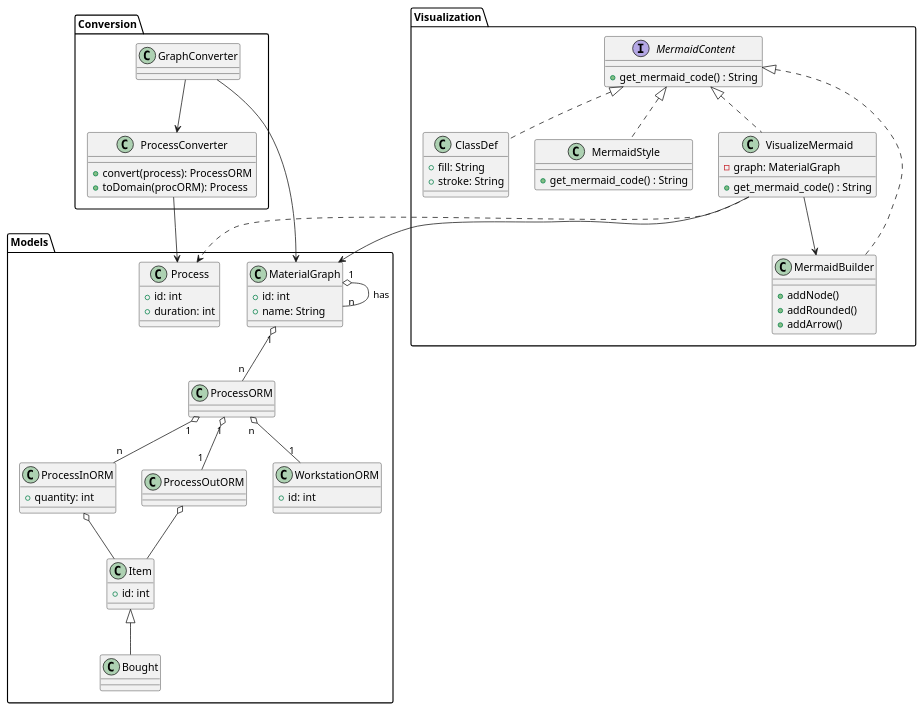
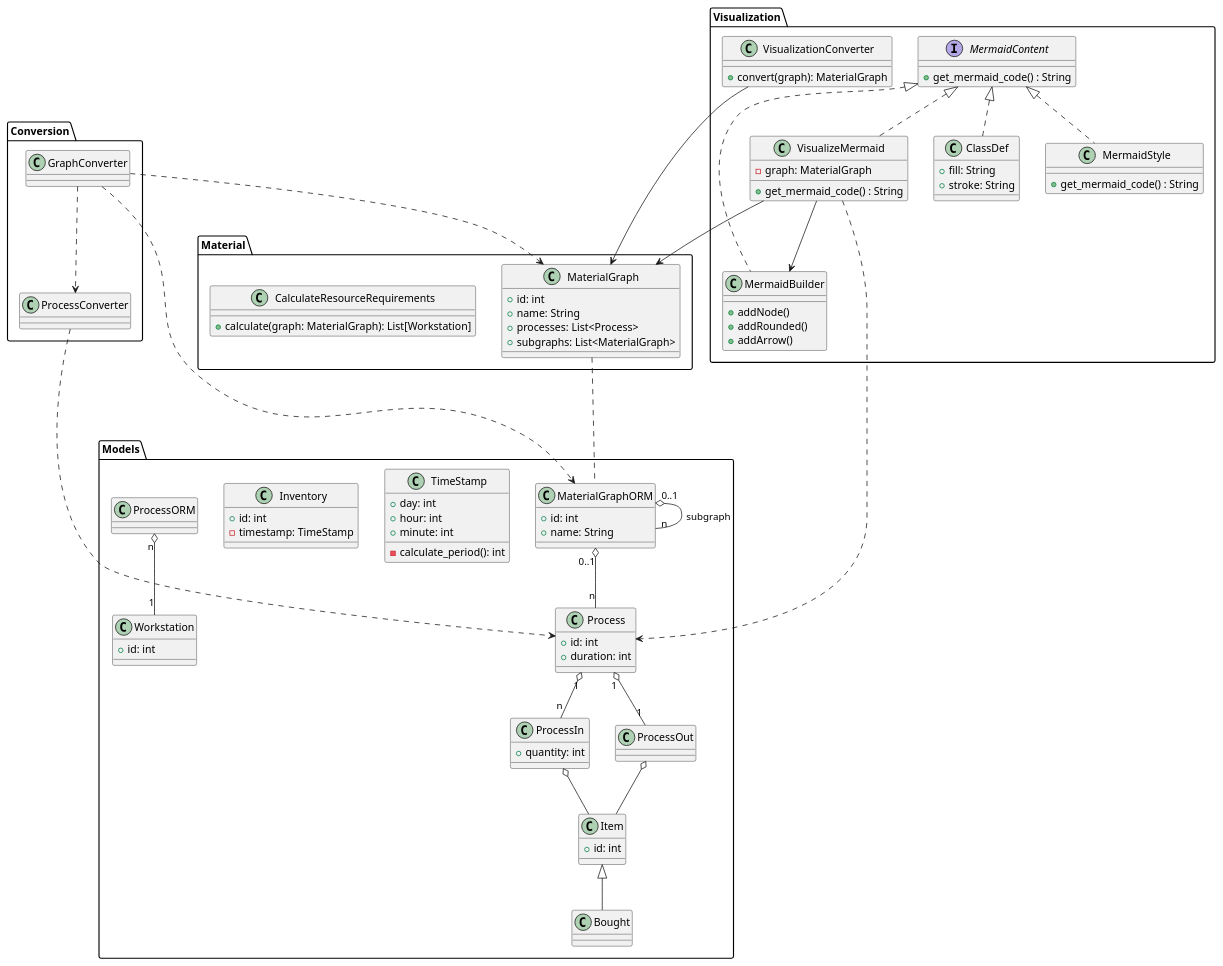
One commit to buecktobias/ibsys2SCM changed the diagram in docs/full_db_architecture.puml. Above: the diagram before and after it, drawn with PlantUML. The commit also changed 16 other files, not shown here.

```diff
--- a/docs/full_db_architecture.puml
+++ b/docs/full_db_architecture.puml
@@ -1,87 +1,125 @@
 @startuml
 ' ===== ORM Package =====
-package "Models" {
-  class MaterialGraph {
+package Models {
+  class MaterialGraphORM {
     + id: int
     + name: String
   }
 
   class Process {
     + id: int
     + duration: int
   }
 
-  class ProcessInORM {
+  class ProcessIn {
     + quantity: int
   }
 
-  class ProcessOutORM {
+  class ProcessOut {
   }
 
   class Item {
     + id: int
   }
   class Bought extends Item{
   }
 
-  class WorkstationORM {
+  class Workstation {
     + id: int
   }
 
+  class TimeStamp {
+    + day: int
+    + hour: int
+    + minute: int
+
+    - calculate_period(): int
+  }
+
+  class Inventory{
+    + id: int
+    - timestamp: TimeStamp
+  }
+
   ' ORM Associations
-  MaterialGraph "1" o-- "n" ProcessORM
-  MaterialGraph "1" o-- "n" MaterialGraph: "has"
-  ProcessORM "1" o-- "n" ProcessInORM
-  ProcessORM "1" o-- "1" ProcessOutORM
-  ProcessInORM o-- Item
-  ProcessOutORM o-- Item
-  ProcessORM "n" o-- "1" WorkstationORM
+  MaterialGraphORM "0..1" o-- "n" Process
+  MaterialGraphORM "0..1" o--- "n" MaterialGraphORM: "subgraph"
+  Process "1" o-- "n" ProcessIn
+  Process "1" o-- "1" ProcessOut
+  ProcessIn o-- Item
+  ProcessOut o-- Item
+  ProcessORM "n" o-- "1" Workstation
 }
 
+
+
+package Material {
+
+    class MaterialGraph {
+        + id: int
+        + name: String
+        + processes: List<Process>
+        + subgraphs: List<MaterialGraph>
+    }
+
+
+    class CalculateResourceRequirements {
+        + calculate(graph: MaterialGraph): List[Workstation]
+    }
+
+}
 package Conversion {
   class ProcessConverter {
-    + convert(process): ProcessORM
-    + toDomain(procORM): Process
   }
 
   class GraphConverter {
   }
 
   ' Dependencies
-  GraphConverter --> ProcessConverter
-  GraphConverter --> MaterialGraph
-  ProcessConverter --> Process
+  GraphConverter ..> ProcessConverter
+  GraphConverter ..> Material.MaterialGraph
+  GraphConverter ..> Models.MaterialGraphORM
+  ProcessConverter ..> Process
 }
 
+
+
+
 package "Visualization" {
+    class VisualizationConverter {
+      + convert(graph): MaterialGraph
+    }
   interface MermaidContent {
     + get_mermaid_code() : String
   }
 
   class ClassDef implements MermaidContent {
     + fill: String
     + stroke: String
   }
 
   class MermaidStyle implements MermaidContent {
     + get_mermaid_code() : String
   }
 
   class MermaidBuilder implements MermaidContent {
     + addNode()
     + addRounded()
     + addArrow()
   }
 
   class VisualizeMermaid implements MermaidContent {
     - graph: MaterialGraph
     + get_mermaid_code() : String
   }
 
   ' Visualization Dependencies
+  VisualizationConverter --> Material.MaterialGraph
   VisualizeMermaid --> MermaidBuilder
   VisualizeMermaid --> MaterialGraph
   VisualizeMermaid ..> Process
 }
 
+Material.MaterialGraph ... Models.MaterialGraphORM
+
 @enduml
```
